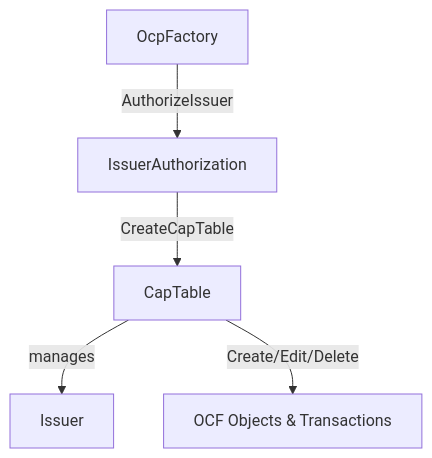
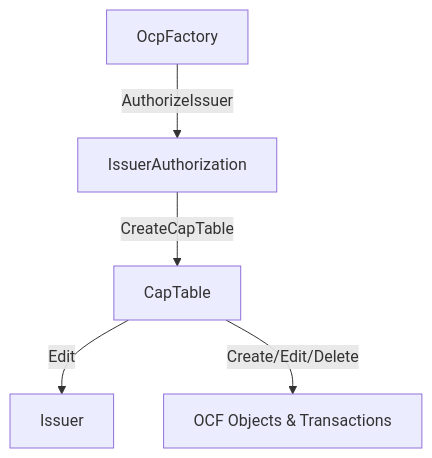
One commit to Fairmint/open-captable-protocol-daml changed the first of 2 diagrams in docs/OCP_CONTRACT_DIAGRAM.md. Above: the diagram before and after it, drawn with Mermaid. The commit also changed other lines of this file, not shown here.

Commit message:
Refine CapTable docs, clarify codegen, and simplify update flow

````diff
--- a/docs/OCP_CONTRACT_DIAGRAM.md
+++ b/docs/OCP_CONTRACT_DIAGRAM.md
@@ -5,7 +5,7 @@
 ```mermaid
 flowchart TB
     OcpFactory -->|AuthorizeIssuer| IssuerAuthorization
     IssuerAuthorization -->|CreateCapTable| CapTable
-    CapTable -->|manages| Issuer
+    CapTable -->|Edit| Issuer
     CapTable -->|Create/Edit/Delete| OCF["OCF Objects & Transactions"]
 ```
````
